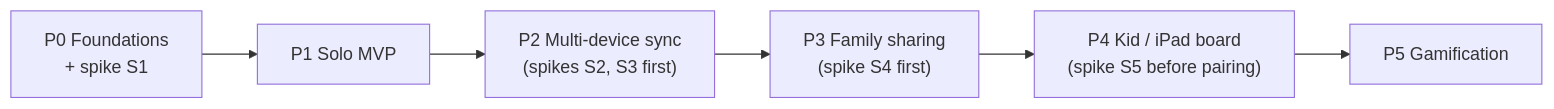
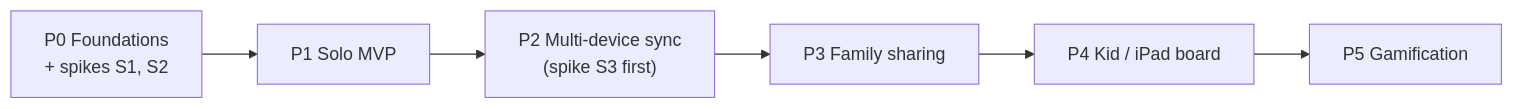
Before and after one commit to victorlou/sundial: the diagram in docs/05-roadmap.md, drawn with Mermaid. The commit also changed other lines of this file and 16 other files, not shown here.

````diff
--- a/docs/05-roadmap.md
+++ b/docs/05-roadmap.md
@@ -9,8 +9,8 @@
 ```mermaid
 flowchart LR
-  P0["P0 Foundations<br/>+ spike S1"] --> P1["P1 Solo MVP"]
-  P1 --> P2["P2 Multi-device sync<br/>(spikes S2, S3 first)"]
-  P2 --> P3["P3 Family sharing<br/>(spike S4 first)"]
-  P3 --> P4["P4 Kid / iPad board<br/>(spike S5 before pairing)"]
+  P0["P0 Foundations<br/>+ spikes S1, S2"] --> P1["P1 Solo MVP"]
+  P1 --> P2["P2 Multi-device sync<br/>(spike S3 first)"]
+  P2 --> P3["P3 Family sharing"]
+  P3 --> P4["P4 Kid / iPad board"]
   P4 --> P5["P5 Gamification"]
 ```
````
